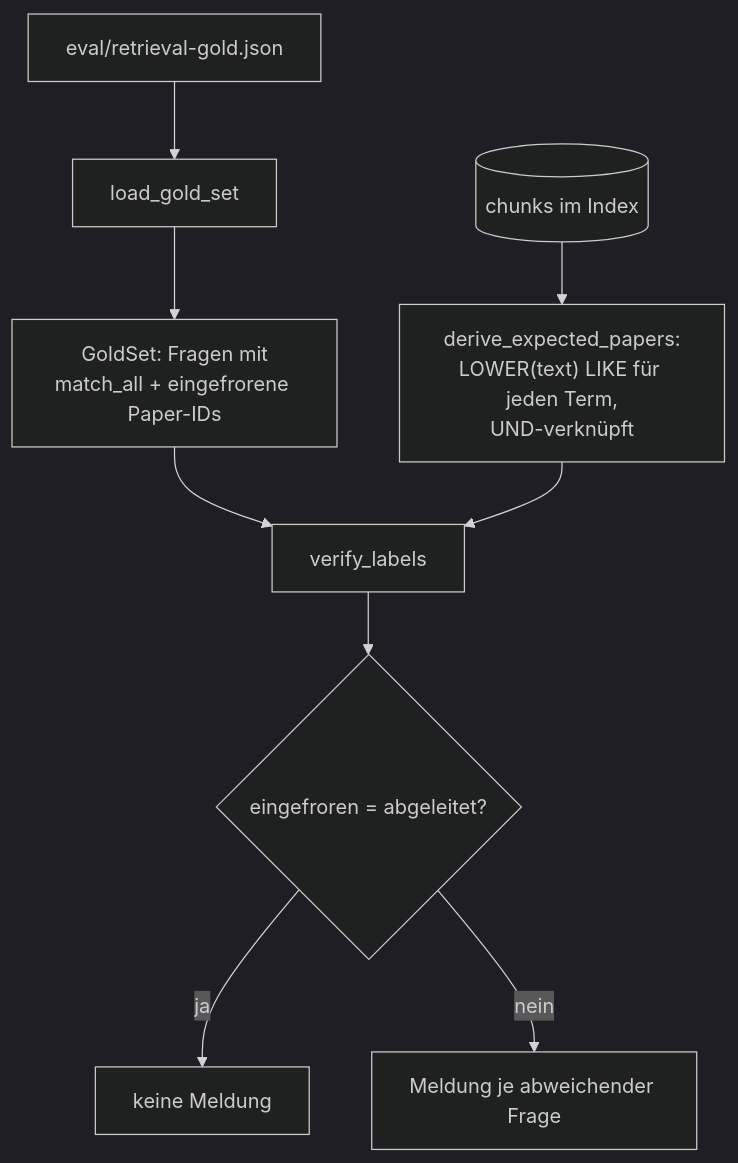
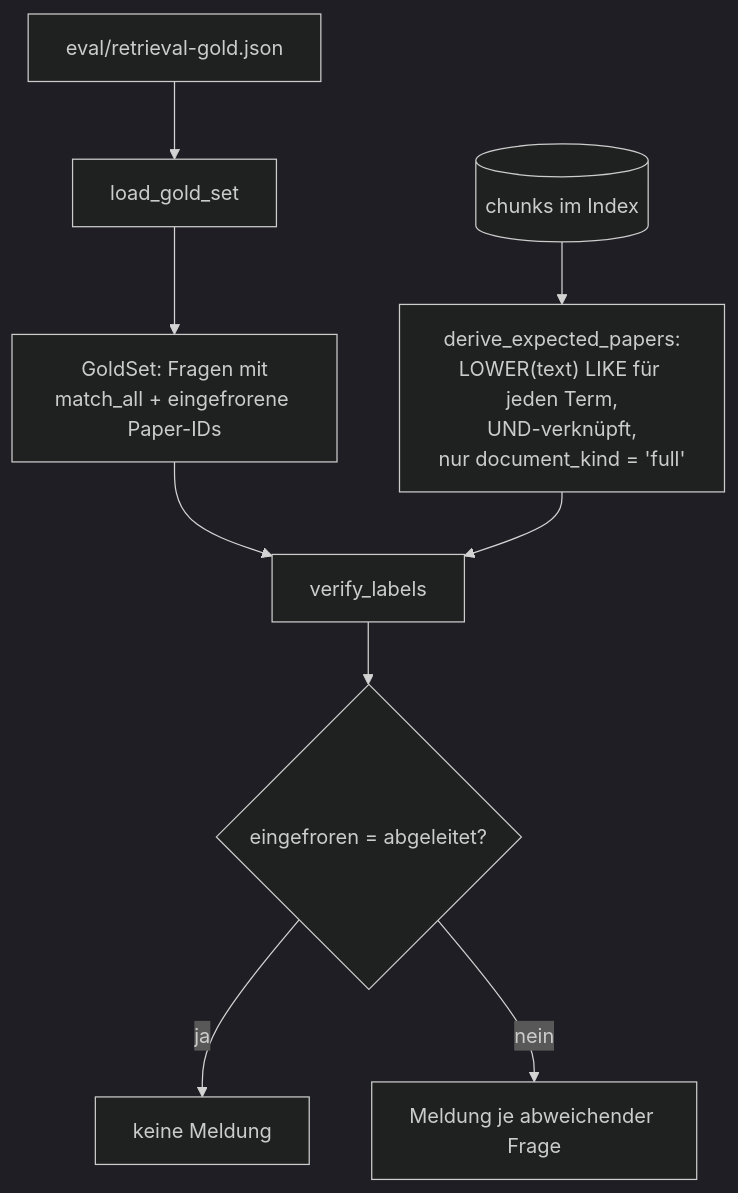
The first of 3 diagrams in src/research_graphrag/evaluation/doc/gold.md (MomoEngineer/research-graphrag), drawn with Mermaid (dark theme) before and after one commit. The commit also changed other lines of this file and 98 other files, not shown here.

````diff
--- a/src/research_graphrag/evaluation/doc/gold.md
+++ b/src/research_graphrag/evaluation/doc/gold.md
@@ -45,11 +45,11 @@
 ```mermaid
 flowchart TD
     F["eval/retrieval-gold.json"] --> L["load_gold_set"]
     L --> G["GoldSet: Fragen mit<br/>match_all + eingefrorene Paper-IDs"]
     G --> V["verify_labels"]
-    IDX[("chunks im Index")] --> D["derive_expected_papers:<br/>LOWER(text) LIKE für jeden Term,<br/>UND-verknüpft"]
+    IDX[("chunks im Index")] --> D["derive_expected_papers:<br/>LOWER(text) LIKE für jeden Term,<br/>UND-verknüpft,<br/>nur document_kind = 'full'"]
     D --> V
     V --> R{"eingefroren = abgeleitet?"}
     R -- ja --> OK["keine Meldung"]
     R -- nein --> M["Meldung je abweichender Frage"]
 ```
````
